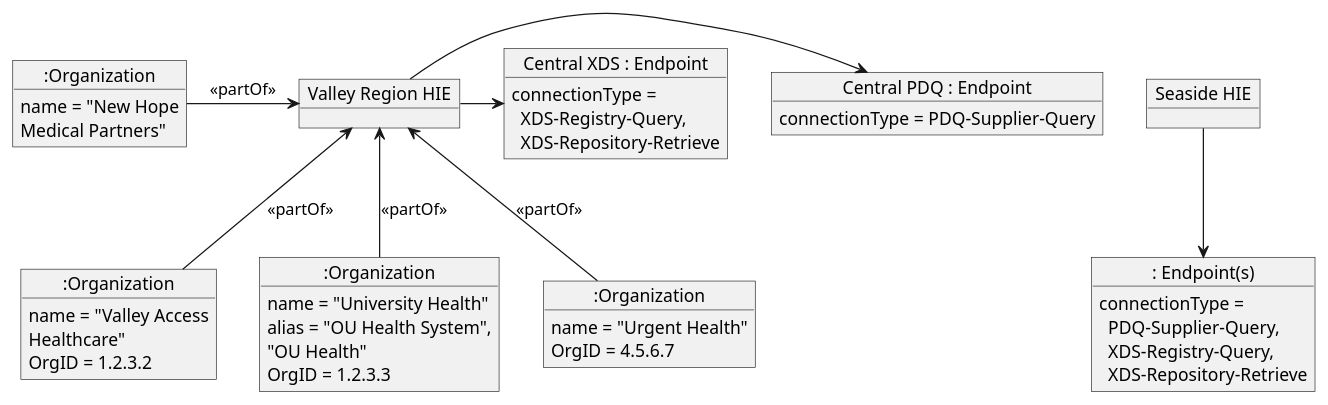
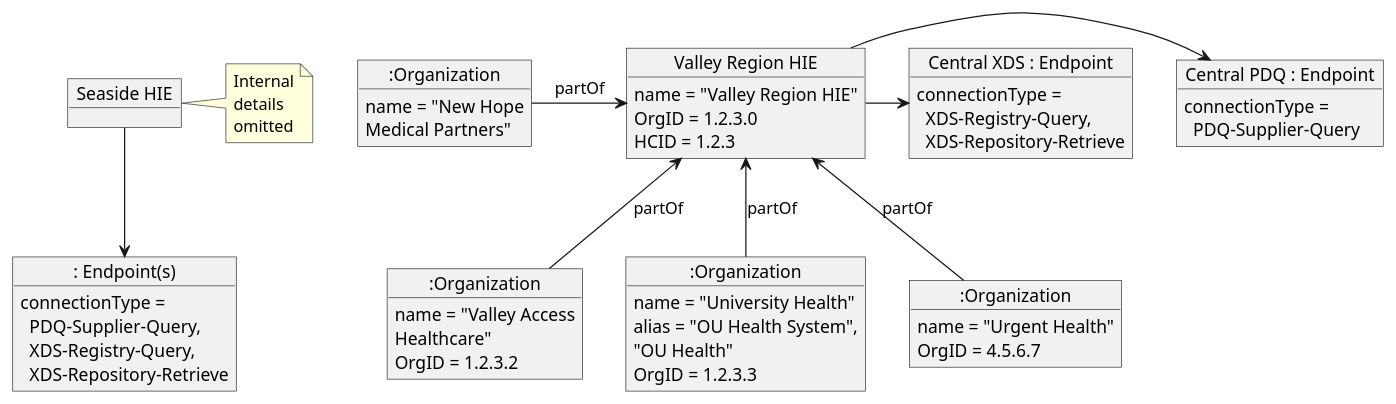
One commit to IHE/ITI.Topologies changed the diagram in images-source/access-intra-central-partOf.plantuml. Above: the diagram before and after it, drawn with PlantUML.

```diff
--- a/images-source/access-intra-central-partOf.plantuml
+++ b/images-source/access-intra-central-partOf.plantuml
@@ -1,42 +1,46 @@
 @startuml
 hide footbox
 allowmixing
 
 object ":Organization" as Partners
 Partners : name = "New Hope\nMedical Partners"
 
 object "Seaside HIE" as hie2
 object ": Endpoint(s)" as sEndpoints
 sEndpoints : connectionType = \n  PDQ-Supplier-Query,\n  XDS-Registry-Query,\n  XDS-Repository-Retrieve
 hie2 --> sEndpoints
+note right of hie2 : Internal\ndetails\nomitted
 
 object "Valley Region HIE" as hie
+hie : name = "Valley Region HIE"
+hie : OrgID = 1.2.3.0
+hie : HCID = 1.2.3
 
 object ":Organization" as Valley
 Valley : name = "Valley Access\nHealthcare"
 Valley : OrgID = 1.2.3.2
 
 object ":Organization" as OU
 OU : name = "University Health"
 OU : alias = "OU Health System",\n"OU Health"
 OU : OrgID = 1.2.3.3
 
 object ":Organization" as Urgent
 Urgent : name = "Urgent Health"
 Urgent : OrgID = 4.5.6.7
 
 object "Central PDQ : Endpoint" as vEndpoints
-vEndpoints : connectionType = PDQ-Supplier-Query
+vEndpoints : connectionType = \n  PDQ-Supplier-Query
 
 object "Central XDS : Endpoint" as ouEndpoints
 ouEndpoints : connectionType = \n  XDS-Registry-Query,\n  XDS-Repository-Retrieve
 
-hie <-- Valley : <<partOf>>
-hie <-- OU : <<partOf>>
-hie <-- Urgent : <<partOf>>
-Partners -> hie : <<partOf>>
+hie <-- Valley : partOf
+hie <-- OU : partOf
+hie <-- Urgent : partOf
+Partners -> hie : partOf
 
 hie -> vEndpoints
 hie -> ouEndpoints
 
 @enduml
```
